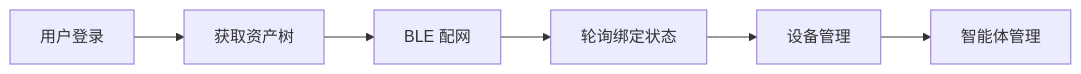
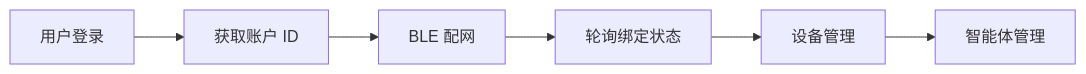
Before and after one commit to sentino-jp/iot-docs: the first of 4 diagrams in guide-app.md, drawn with Mermaid. The commit also changed other lines of this file and 9 other files, not shown here.

````diff
--- a/guide-app.md
+++ b/guide-app.md
@@ -13,8 +13,8 @@
 ```mermaid
 graph LR
-    A["用户登录"] --> B["获取资产树"]
+    A["用户登录"] --> B["获取账户 ID"]
     B --> C["BLE 配网"]
     C --> D["轮询绑定状态"]
     D --> E["设备管理"]
     E --> F["智能体管理"]
 ```
````
